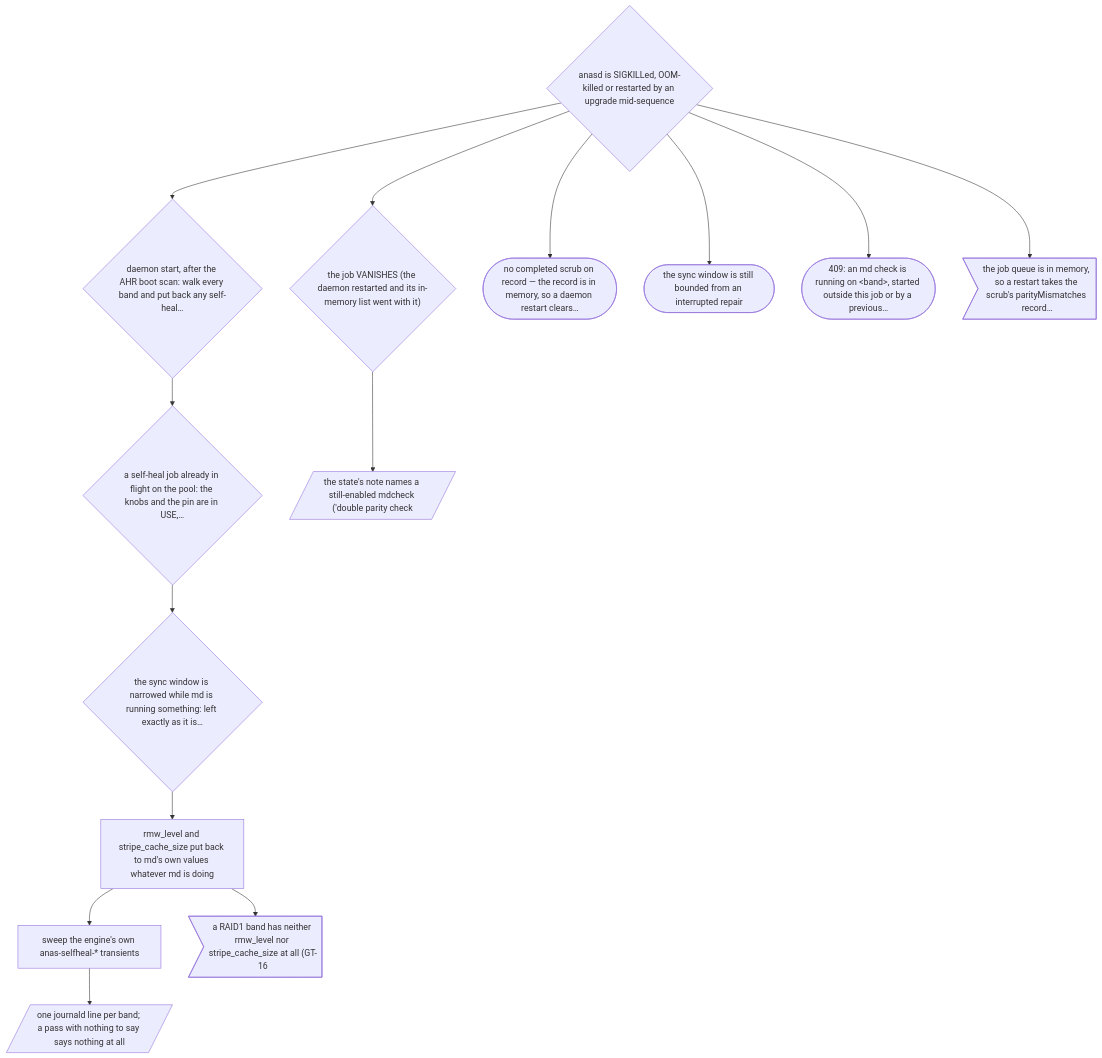
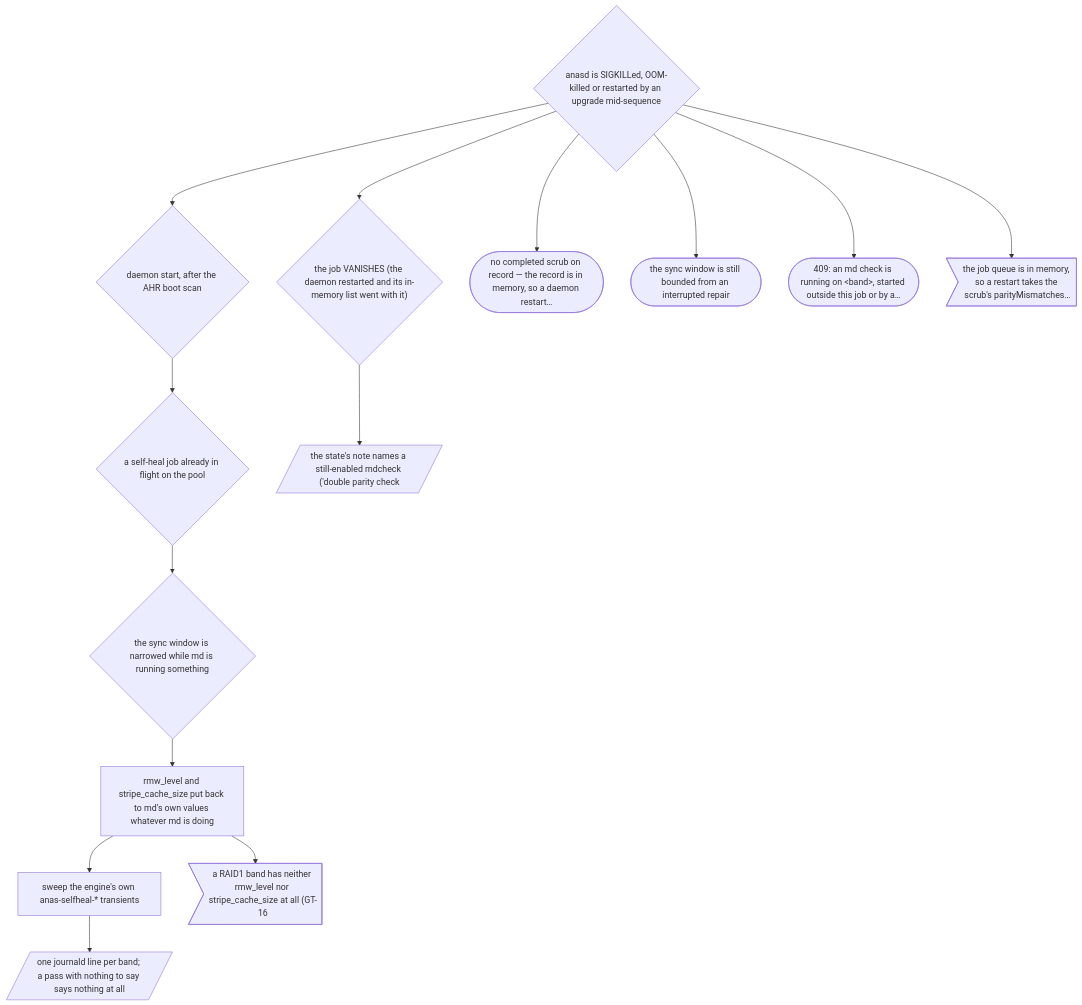
Diagram 12 of 24 in docs/AHR-SELF-HEAL-DECISION-TREE.md (devn-ch/anas), drawn with Mermaid before and after one commit. The commit also changed other lines of this file and 22 other files, not shown here.

````diff
--- a/docs/AHR-SELF-HEAL-DECISION-TREE.md
+++ b/docs/AHR-SELF-HEAL-DECISION-TREE.md
@@ -1105,30 +1201,30 @@
 ```mermaid
 flowchart TD
   X12{"anasd is SIGKILLed, OOM-killed or restarted by an upgrade mid-sequence"}
-  RC0{"daemon start, after the AHR boot scan: walk every band and put back any self-heal…"}
+  RC0{"daemon start, after the AHR boot scan"}
   T07{"the job VANISHES (the daemon restarted and its in-memory list went with it)"}
-  P01a(["no completed scrub on record — the record is in memory, so a daemon restart clears…"])
+  P01a(["no completed scrub on record — the record is in memory, so a daemon restart…"])
   P03c(["the sync window is still bounded from an interrupted repair"])
-  RT04a(["409: an md check is running on &lt;band&gt;, started outside this job or by a previous…"])
-  X12r>"the job queue is in memory, so a restart takes the scrub's parityMismatches record…"]
-  RC1{"a self-heal job already in flight on the pool: the knobs and the pin are in USE,…"}
+  RT04a(["409: an md check is running on &lt;band&gt;, started outside this job or by a…"])
+  X12r>"the job queue is in memory, so a restart takes the scrub's parityMismatches…"]
+  RC1{"a self-heal job already in flight on the pool"}
   T13[/"the state's note names a still-enabled mdcheck ('double parity check"/]
-  RC2{"the sync window is narrowed while md is running something: left exactly as it is…"}
+  RC2{"the sync window is narrowed while md is running something"}
   RC3["rmw_level and stripe_cache_size put back to md's own values whatever md is doing"]
   RC4["sweep the engine's own anas-selfheal-* transients"]
   RC6>"a RAID1 band has neither rmw_level nor stripe_cache_size at all (GT-16"]
   RC5[/"one journald line per band; a pass with nothing to say says nothing at all"/]
   X12 --> RC0
   X12 --> T07
   X12 --> P01a
   X12 --> P03c
   X12 --> RT04a
   X12 --> X12r
   RC0 --> RC1
   T07 --> T13
   RC1 --> RC2
   RC2 --> RC3
   RC3 --> RC4
   RC3 --> RC6
   RC4 --> RC5
 ```
````
